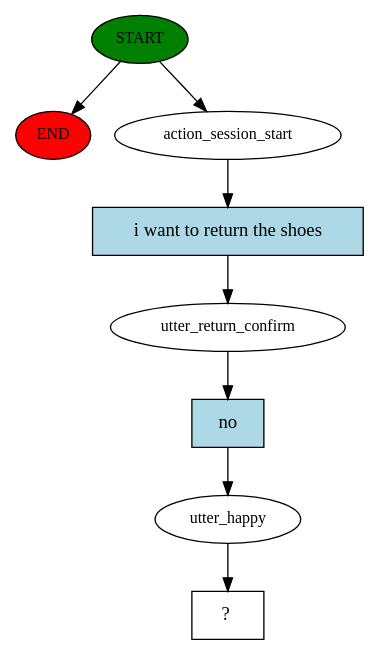
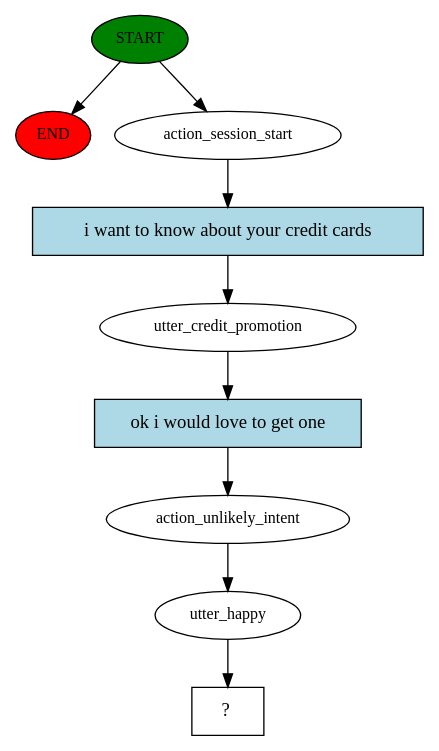
One commit to cnarte/Grid changed the diagram in story_graph.dot. Above: the diagram before and after it, drawn with Graphviz. The commit also changed 4 other files, not shown here.

```diff
--- a/story_graph.dot
+++ b/story_graph.dot
@@ -1,17 +1,19 @@
 digraph  {
 0 [class="start active", fillcolor=green, fontsize=12, label=START, style=filled];
 "-1" [class=end, fillcolor=red, fontsize=12, label=END, style=filled];
 1 [class=active, fontsize=12, label=action_session_start];
-2 [class=active, fontsize=12, label=utter_return_confirm];
-3 [class=active, fontsize=12, label=utter_happy];
-4 [class="intent dashed active", label="  ?  ", shape=rect];
-5 [class="intent active", fillcolor=lightblue, label="i want to return the shoes", shape=rect, style=filled];
-6 [class="intent active", fillcolor=lightblue, label=no, shape=rect, style=filled];
+2 [class=active, fontsize=12, label=utter_credit_promotion];
+3 [class=active, fontsize=12, label=action_unlikely_intent];
+4 [class=active, fontsize=12, label=utter_happy];
+5 [class="intent dashed active", label="  ?  ", shape=rect];
+6 [class="intent active", fillcolor=lightblue, label="i want to know about your credit cards", shape=rect, style=filled];
+7 [class="intent active", fillcolor=lightblue, label="ok i would love to get one", shape=rect, style=filled];
 0 -> "-1"  [class="", key=NONE, label=""];
 0 -> 1  [class=active, key=NONE, label=""];
-1 -> 5  [class=active, key=0];
-2 -> 6  [class=active, key=0];
+1 -> 6  [class=active, key=0];
+2 -> 7  [class=active, key=0];
 3 -> 4  [class=active, key=NONE, label=""];
-5 -> 2  [class=active, key=0];
-6 -> 3  [class=active, key=0];
+4 -> 5  [class=active, key=NONE, label=""];
+6 -> 2  [class=active, key=0];
+7 -> 3  [class=active, key=0];
 }
```
